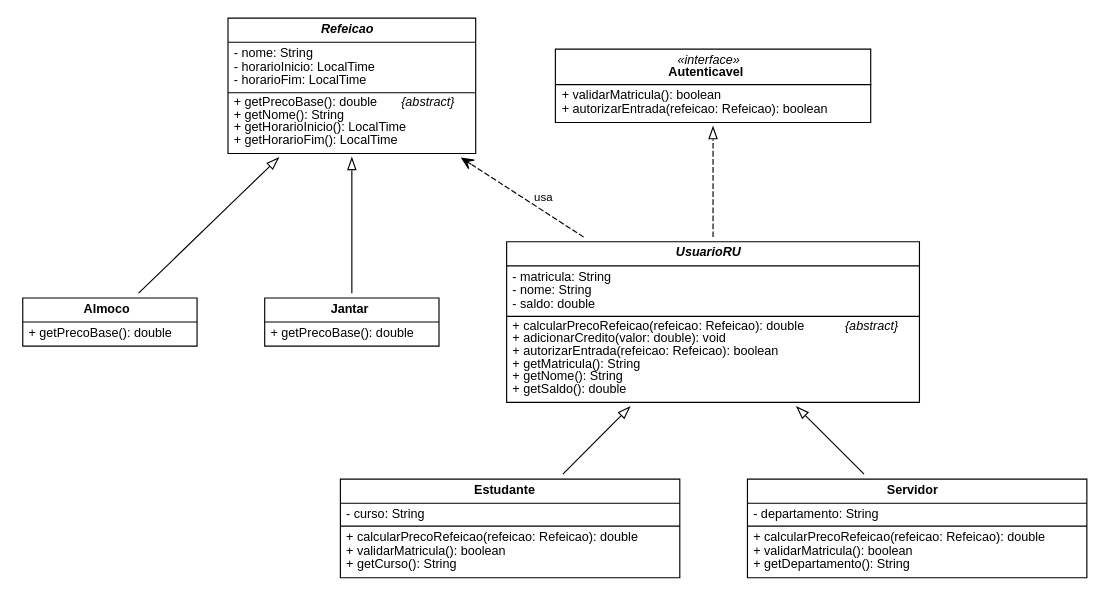
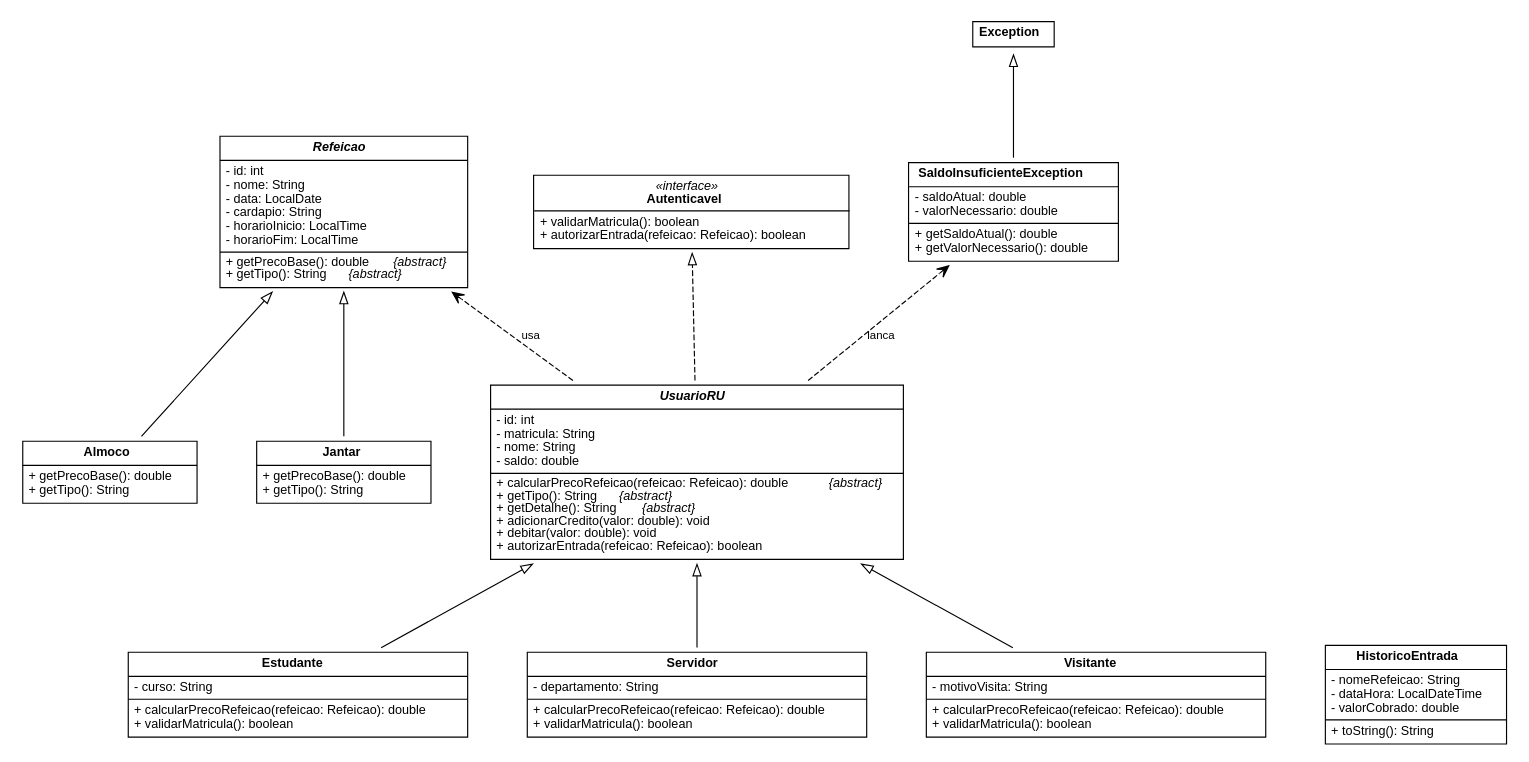
One commit to guihluc/FinalProjectLP changed the diagram in docs/diagrama-classes.dot. Above: the diagram before and after it, drawn with Graphviz. The commit also changed 7 other files, not shown here.

Commit message:
Adiciona ControleAcesso, README final e diagramas UML

```diff
--- a/docs/diagrama-classes.dot
+++ b/docs/diagrama-classes.dot
@@ -1,70 +1,26 @@
 digraph classes {
-  rankdir=BT;
-  graph [fontname="Helvetica", nodesep=0.6, ranksep=0.8];
-  node [shape=plaintext, fontname="Helvetica", fontsize=11];
-  edge [fontname="Helvetica", fontsize=10];
-
-  Autenticavel [label=<
-    <table border="1" cellborder="0" cellspacing="0" cellpadding="4">
-      <tr><td align="center"><i>&laquo;interface&raquo;</i><br/><b>Autenticavel</b></td></tr>
-      <hr/>
-      <tr><td align="left">+ validarMatricula(): boolean<br align="left"/>+ autorizarEntrada(refeicao: Refeicao): boolean<br align="left"/></td></tr>
-    </table>>];
-
-  UsuarioRU [label=<
-    <table border="1" cellborder="0" cellspacing="0" cellpadding="4">
-      <tr><td align="center"><b><i>UsuarioRU</i></b></td></tr>
-      <hr/>
-      <tr><td align="left">- matricula: String<br align="left"/>- nome: String<br align="left"/>- saldo: double<br align="left"/></td></tr>
-      <hr/>
-      <tr><td align="left">+ calcularPrecoRefeicao(refeicao: Refeicao): double <i>{abstract}</i><br align="left"/>+ adicionarCredito(valor: double): void<br align="left"/>+ autorizarEntrada(refeicao: Refeicao): boolean<br align="left"/>+ getMatricula(): String<br align="left"/>+ getNome(): String<br align="left"/>+ getSaldo(): double<br align="left"/></td></tr>
-    </table>>];
-
-  Estudante [label=<
-    <table border="1" cellborder="0" cellspacing="0" cellpadding="4">
-      <tr><td align="center"><b>Estudante</b></td></tr>
-      <hr/>
-      <tr><td align="left">- curso: String<br align="left"/></td></tr>
-      <hr/>
-      <tr><td align="left">+ calcularPrecoRefeicao(refeicao: Refeicao): double<br align="left"/>+ validarMatricula(): boolean<br align="left"/>+ getCurso(): String<br align="left"/></td></tr>
-    </table>>];
-
-  Servidor [label=<
-    <table border="1" cellborder="0" cellspacing="0" cellpadding="4">
-      <tr><td align="center"><b>Servidor</b></td></tr>
-      <hr/>
-      <tr><td align="left">- departamento: String<br align="left"/></td></tr>
-      <hr/>
-      <tr><td align="left">+ calcularPrecoRefeicao(refeicao: Refeicao): double<br align="left"/>+ validarMatricula(): boolean<br align="left"/>+ getDepartamento(): String<br align="left"/></td></tr>
-    </table>>];
-
-  Refeicao [label=<
-    <table border="1" cellborder="0" cellspacing="0" cellpadding="4">
-      <tr><td align="center"><b><i>Refeicao</i></b></td></tr>
-      <hr/>
-      <tr><td align="left">- nome: String<br align="left"/>- horarioInicio: LocalTime<br align="left"/>- horarioFim: LocalTime<br align="left"/></td></tr>
-      <hr/>
-      <tr><td align="left">+ getPrecoBase(): double <i>{abstract}</i><br align="left"/>+ getNome(): String<br align="left"/>+ getHorarioInicio(): LocalTime<br align="left"/>+ getHorarioFim(): LocalTime<br align="left"/></td></tr>
-    </table>>];
-
-  Almoco [label=<
-    <table border="1" cellborder="0" cellspacing="0" cellpadding="4">
-      <tr><td align="center"><b>Almoco</b></td></tr>
-      <hr/>
-      <tr><td align="left">+ getPrecoBase(): double<br align="left"/></td></tr>
-    </table>>];
-
-  Jantar [label=<
-    <table border="1" cellborder="0" cellspacing="0" cellpadding="4">
-      <tr><td align="center"><b>Jantar</b></td></tr>
-      <hr/>
-      <tr><td align="left">+ getPrecoBase(): double<br align="left"/></td></tr>
-    </table>>];
-
-  UsuarioRU -> Autenticavel [style=dashed, arrowhead=empty];
-  Estudante -> UsuarioRU [arrowhead=empty];
-  Servidor -> UsuarioRU [arrowhead=empty];
-  Almoco -> Refeicao [arrowhead=empty];
-  Jantar -> Refeicao [arrowhead=empty];
-  UsuarioRU -> Refeicao [style=dashed, arrowhead=vee, label="usa"];
+ rankdir=BT;
+ graph [fontname="Helvetica", nodesep=0.5, ranksep=0.9];
+ node [shape=plaintext, fontname="Helvetica", fontsize=11];
+ edge [fontname="Helvetica", fontsize=10];
+ Autenticavel [label=<<table border="1" cellborder="0" cellspacing="0" cellpadding="4"><tr><td align="center"><i>&laquo;interface&raquo;</i><br/><b>Autenticavel</b></td></tr><hr/><tr><td align="left">+ validarMatricula(): boolean<br align="left"/>+ autorizarEntrada(refeicao: Refeicao): boolean<br align="left"/></td></tr></table>>];
+ UsuarioRU [label=<<table border="1" cellborder="0" cellspacing="0" cellpadding="4"><tr><td align="center"><b><i>UsuarioRU</i></b></td></tr><hr/><tr><td align="left">- id: int<br align="left"/>- matricula: String<br align="left"/>- nome: String<br align="left"/>- saldo: double<br align="left"/></td></tr><hr/><tr><td align="left">+ calcularPrecoRefeicao(refeicao: Refeicao): double <i>{abstract}</i><br align="left"/>+ getTipo(): String <i>{abstract}</i><br align="left"/>+ getDetalhe(): String <i>{abstract}</i><br align="left"/>+ adicionarCredito(valor: double): void<br align="left"/>+ debitar(valor: double): void<br align="left"/>+ autorizarEntrada(refeicao: Refeicao): boolean<br align="left"/></td></tr></table>>];
+ Estudante [label=<<table border="1" cellborder="0" cellspacing="0" cellpadding="4"><tr><td align="center"><b>Estudante</b></td></tr><hr/><tr><td align="left">- curso: String<br align="left"/></td></tr><hr/><tr><td align="left">+ calcularPrecoRefeicao(refeicao: Refeicao): double<br align="left"/>+ validarMatricula(): boolean<br align="left"/></td></tr></table>>];
+ Servidor [label=<<table border="1" cellborder="0" cellspacing="0" cellpadding="4"><tr><td align="center"><b>Servidor</b></td></tr><hr/><tr><td align="left">- departamento: String<br align="left"/></td></tr><hr/><tr><td align="left">+ calcularPrecoRefeicao(refeicao: Refeicao): double<br align="left"/>+ validarMatricula(): boolean<br align="left"/></td></tr></table>>];
+ Visitante [label=<<table border="1" cellborder="0" cellspacing="0" cellpadding="4"><tr><td align="center"><b>Visitante</b></td></tr><hr/><tr><td align="left">- motivoVisita: String<br align="left"/></td></tr><hr/><tr><td align="left">+ calcularPrecoRefeicao(refeicao: Refeicao): double<br align="left"/>+ validarMatricula(): boolean<br align="left"/></td></tr></table>>];
+ Refeicao [label=<<table border="1" cellborder="0" cellspacing="0" cellpadding="4"><tr><td align="center"><b><i>Refeicao</i></b></td></tr><hr/><tr><td align="left">- id: int<br align="left"/>- nome: String<br align="left"/>- data: LocalDate<br align="left"/>- cardapio: String<br align="left"/>- horarioInicio: LocalTime<br align="left"/>- horarioFim: LocalTime<br align="left"/></td></tr><hr/><tr><td align="left">+ getPrecoBase(): double <i>{abstract}</i><br align="left"/>+ getTipo(): String <i>{abstract}</i><br align="left"/></td></tr></table>>];
+ Almoco [label=<<table border="1" cellborder="0" cellspacing="0" cellpadding="4"><tr><td align="center"><b>Almoco</b></td></tr><hr/><tr><td align="left">+ getPrecoBase(): double<br align="left"/>+ getTipo(): String<br align="left"/></td></tr></table>>];
+ Jantar [label=<<table border="1" cellborder="0" cellspacing="0" cellpadding="4"><tr><td align="center"><b>Jantar</b></td></tr><hr/><tr><td align="left">+ getPrecoBase(): double<br align="left"/>+ getTipo(): String<br align="left"/></td></tr></table>>];
+ SaldoInsuficienteException [label=<<table border="1" cellborder="0" cellspacing="0" cellpadding="4"><tr><td align="center"><b>SaldoInsuficienteException</b></td></tr><hr/><tr><td align="left">- saldoAtual: double<br align="left"/>- valorNecessario: double<br align="left"/></td></tr><hr/><tr><td align="left">+ getSaldoAtual(): double<br align="left"/>+ getValorNecessario(): double<br align="left"/></td></tr></table>>];
+ Exception [label=<<table border="1" cellborder="0" cellspacing="0" cellpadding="4"><tr><td align="center"><b>Exception</b></td></tr></table>>];
+ HistoricoEntrada [label=<<table border="1" cellborder="0" cellspacing="0" cellpadding="4"><tr><td align="center"><b>HistoricoEntrada</b></td></tr><hr/><tr><td align="left">- nomeRefeicao: String<br align="left"/>- dataHora: LocalDateTime<br align="left"/>- valorCobrado: double<br align="left"/></td></tr><hr/><tr><td align="left">+ toString(): String<br align="left"/></td></tr></table>>];
+ UsuarioRU -> Autenticavel [style=dashed, arrowhead=empty];
+ Estudante -> UsuarioRU [arrowhead=empty];
+ Servidor -> UsuarioRU [arrowhead=empty];
+ Visitante -> UsuarioRU [arrowhead=empty];
+ Almoco -> Refeicao [arrowhead=empty];
+ Jantar -> Refeicao [arrowhead=empty];
+ UsuarioRU -> Refeicao [style=dashed, arrowhead=vee, label="usa"];
+ SaldoInsuficienteException -> Exception [arrowhead=empty];
+ UsuarioRU -> SaldoInsuficienteException [style=dashed, arrowhead=vee, label="lanca"];
 }
```
